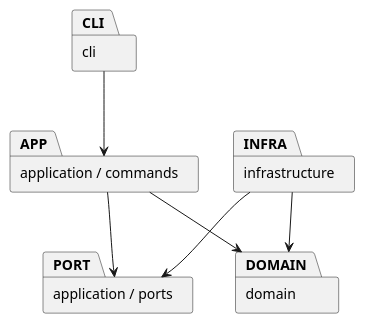
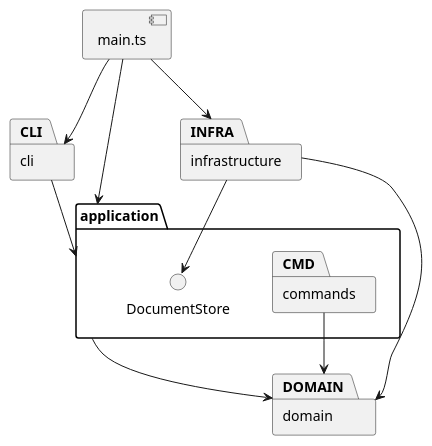
One commit to Wuyh11/lab1_Phase1_SVG changed the diagram in doc/README.md. Above: the diagram before and after it, drawn with PlantUML. The commit also changed other lines of this file and 5 other files, not shown here.

````diff
--- a/doc/README.md
+++ b/doc/README.md
@@ -13,14 +20,20 @@
 ```plantuml
 @startuml
 package "cli" as CLI
-package "application / commands" as APP
-package "application / ports" as PORT
+package "application" as APP {
+  package "commands" as CMD
+  interface DocumentStore as STORE
+}
 package "domain" as DOMAIN
 package "infrastructure" as INFRA
+component "main.ts" as MAIN
 CLI --> APP
+CMD --> DOMAIN
 APP --> DOMAIN
-APP --> PORT
-INFRA --> PORT
+INFRA --> STORE
 INFRA --> DOMAIN
+MAIN --> CLI
+MAIN --> APP
+MAIN --> INFRA
 @enduml
 ```
````
